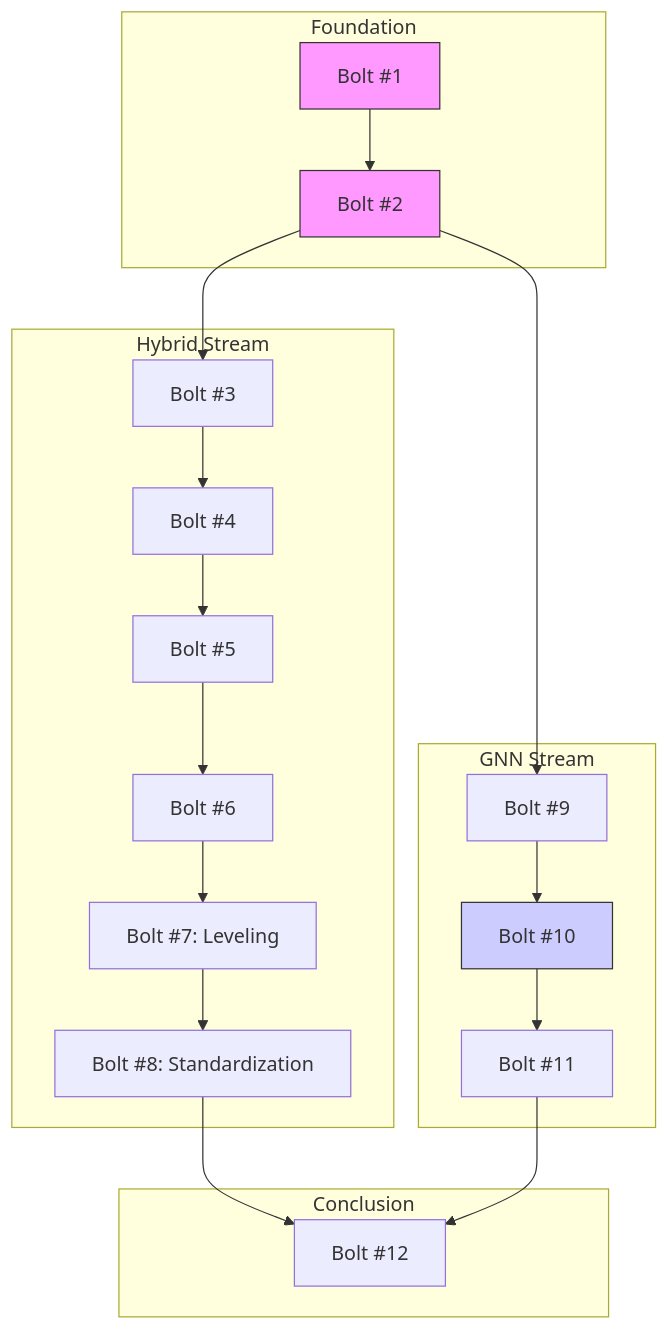
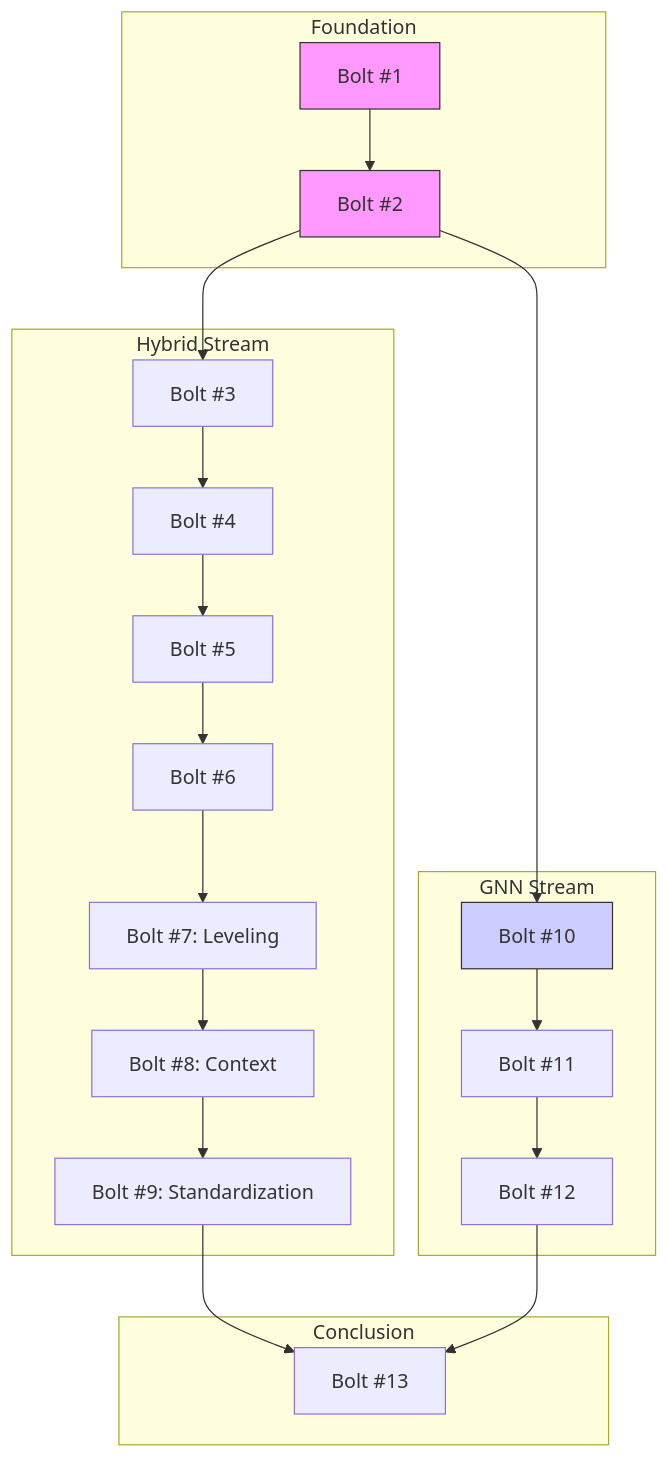
The diagram in strategy-map.md (radema/kaggle-store-sales-ts), drawn with Mermaid before and after one commit. The commit also changed other lines of this file, not shown here.

Commit message:
feat: introduce contextual features in Bolt #8, renumber subsequent tasks, and update task statuses and dependencies.

````diff
--- a/strategy-map.md
+++ b/strategy-map.md
@@ -86,30 +96,31 @@
 ```mermaid
 graph TD
     subgraph Foundation
         B1[Bolt #1] --> B2[Bolt #2]
     end
 
     subgraph Hybrid Stream
         B2 --> B3[Bolt #3]
         B3 --> B4[Bolt #4]
         B4 --> B5[Bolt #5]
         B5 --> B6[Bolt #6]
         B6 --> B7[Bolt #7: Leveling]
-        B7 --> B8[Bolt #8: Standardization]
+        B7 --> B8[Bolt #8: Context]
+        B8 --> B9[Bolt #9: Standardization]
     end
 
     subgraph GNN Stream
-        B2 --> B9[Bolt #9]
-        B9 --> B10[Bolt #10]
+        B2 --> B10[Bolt #10]
         B10 --> B11[Bolt #11]
+        B11 --> B12[Bolt #12]
     end
 
     subgraph Conclusion
-        B8 --> B12[Bolt #12]
-        B11 --> B12
+        B9 --> B13[Bolt #13]
+        B12 --> B13
     end
 
     style B1 fill:#f9f,stroke:#333
     style B2 fill:#f9f,stroke:#333
     style B10 fill:#ccf,stroke:#333
 ```
````
